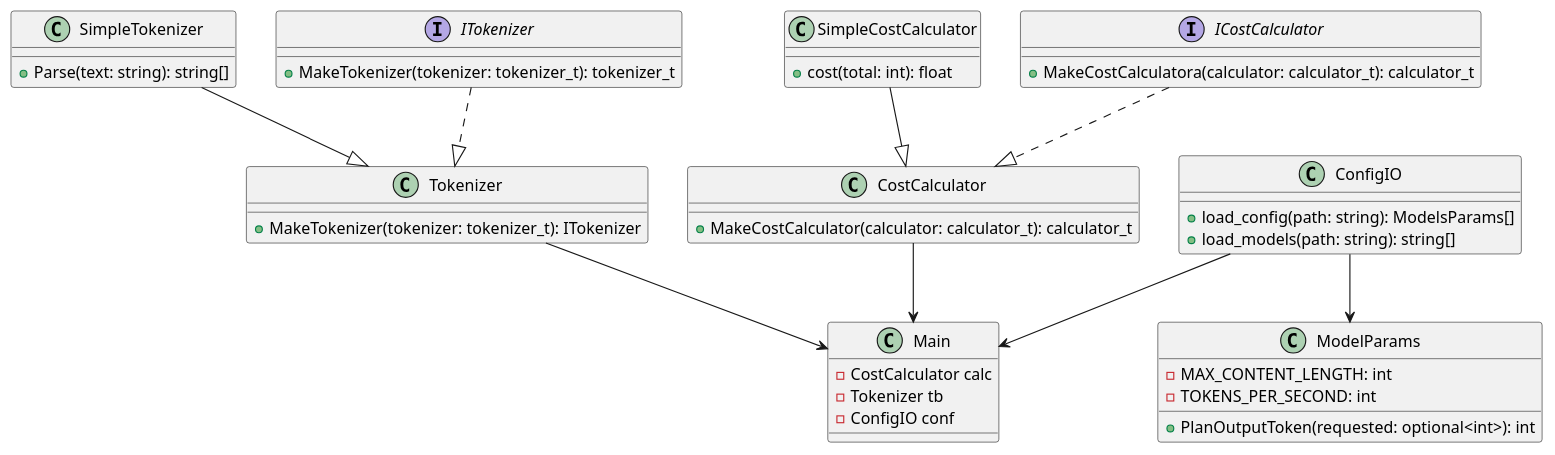
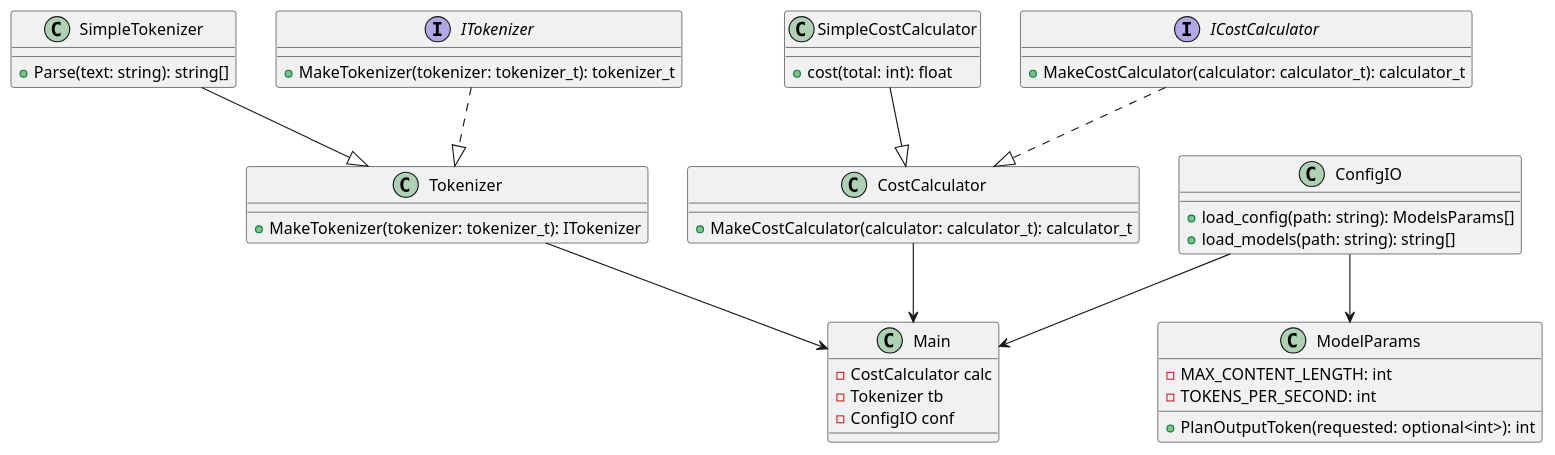
The diagram in uml/diag.puml (TeejMcSteez/ITCS3112FinalProject), drawn with PlantUML before and after one commit.

Commit message:
Typo fix

```diff
--- a/uml/diag.puml
+++ b/uml/diag.puml
@@ -1,57 +1,57 @@
 @startuml AI Token Analyzer 
 
 class SimpleTokenizer {
     +Parse(text: string): string[]
 }
 
 interface ITokenizer {
     +MakeTokenizer(tokenizer: tokenizer_t): tokenizer_t
 }
 
 class Tokenizer {
     +MakeTokenizer(tokenizer: tokenizer_t): ITokenizer
 }
 
 class SimpleCostCalculator {
     +cost(total: int): float
 }
 
 interface ICostCalculator {
-    +MakeCostCalculatora(calculator: calculator_t): calculator_t
+    +MakeCostCalculator(calculator: calculator_t): calculator_t
 }
 
 class CostCalculator {
     +MakeCostCalculator(calculator: calculator_t): calculator_t
 }
 
 class ModelParams {
     -MAX_CONTENT_LENGTH: int
     -TOKENS_PER_SECOND: int
     +PlanOutputToken(requested: optional<int>): int
 }
 
 class ConfigIO {
     +load_config(path: string): ModelsParams[]
     +load_models(path: string): string[]
 }
 
 class Main {
     -CostCalculator calc
     -Tokenizer tb
     -ConfigIO conf
 }
 
 ' Relationship's
 ' Tokenizer Relationships
 SimpleTokenizer --|> Tokenizer
 ITokenizer ..|> Tokenizer
 ' Cost Algo. Relationships
 SimpleCostCalculator --|> CostCalculator
 ICostCalculator ..|> CostCalculator
 ' Model/Config Relationships
 ConfigIO --> ModelParams
 ' Main relationships
 CostCalculator --> Main
 Tokenizer --> Main
 ConfigIO --> Main
 @enduml
```
